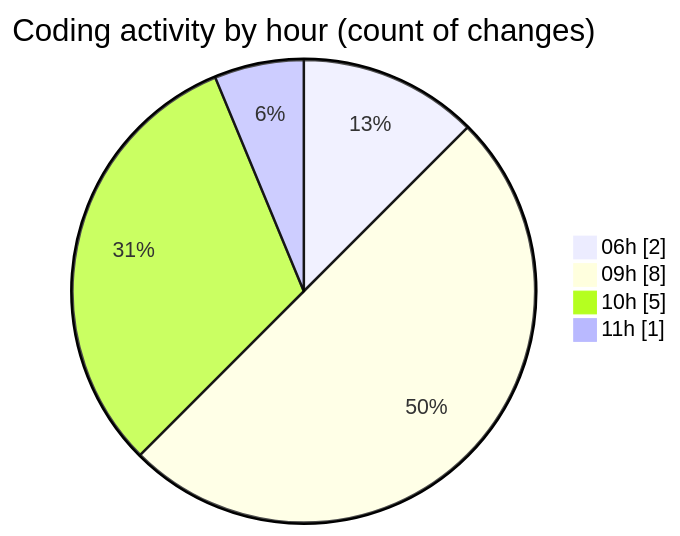
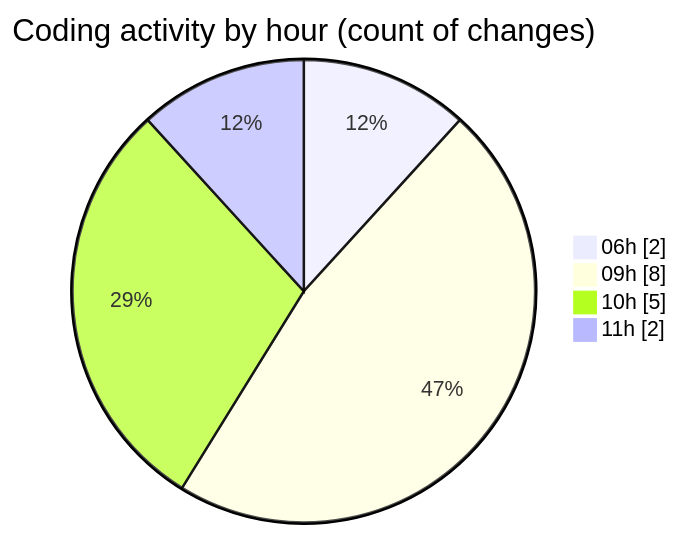
One commit to jadenblack/code-tracking changed the second of 2 diagrams in 2026-02-24/workbench__workspace_/README.md. Above: the diagram before and after it, drawn with Mermaid. The commit also changed other lines of this file and 1 other file, not shown here.

````diff
--- a/2026-02-24/workbench__workspace_/README.md
+++ b/2026-02-24/workbench__workspace_/README.md
@@ -32,8 +32,8 @@
 ```mermaid
 pie showData
 title Coding activity by hour (count of changes)
 "06h" : 2
 "09h" : 8
 "10h" : 5
-"11h" : 1
+"11h" : 2
 ```
````
